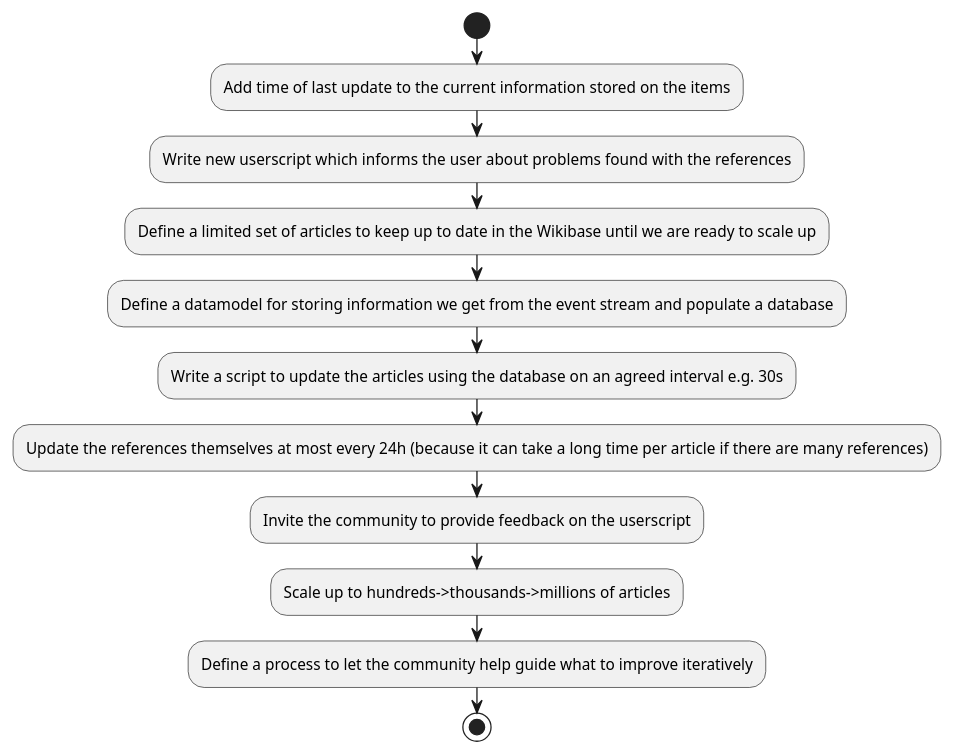
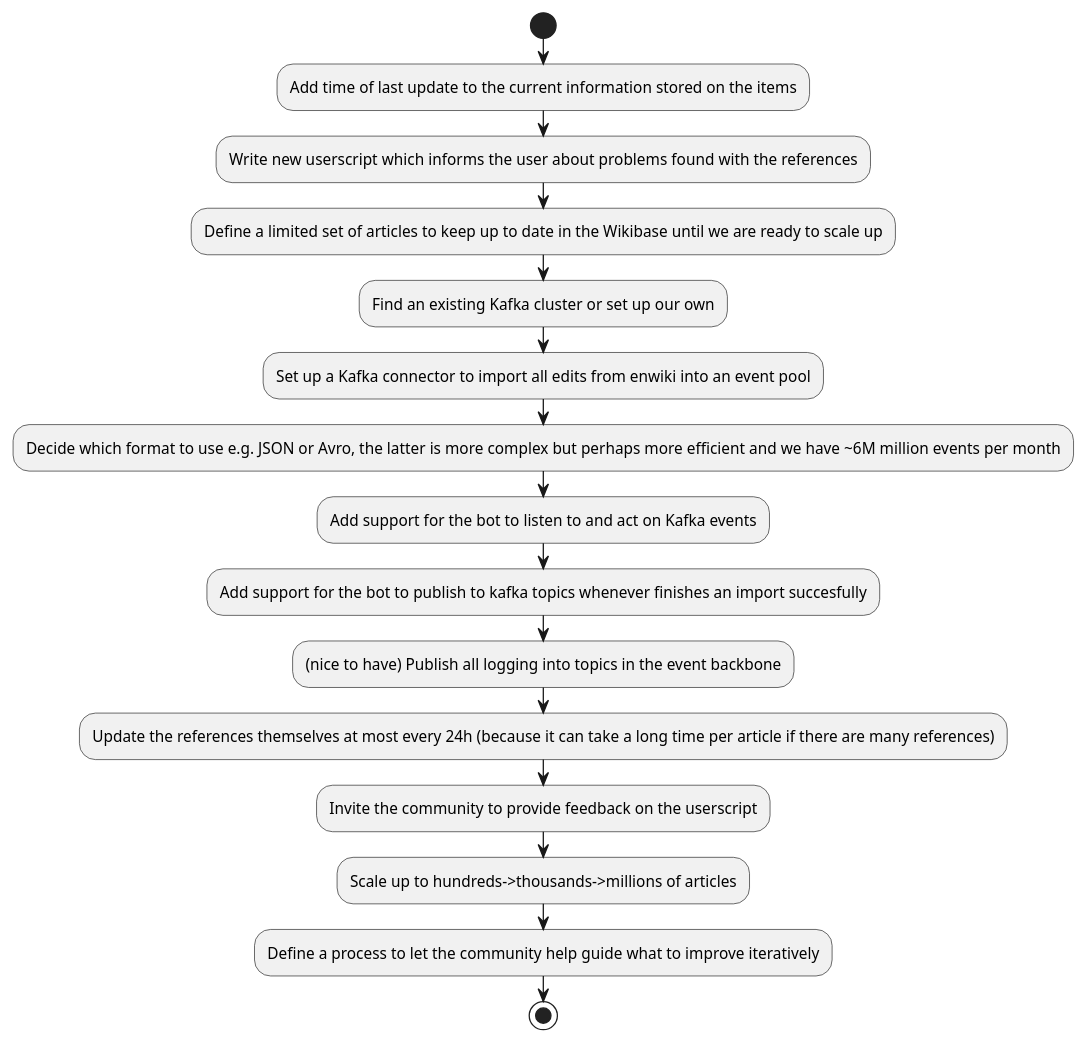
The diagram in diagrams/roadmap.puml (internetarchive/iari), drawn with PlantUML before and after one commit.

Commit message:
roadmap.puml: Update to reflect new suggested direction with event distributed architecture at the core

```diff
--- a/diagrams/roadmap.puml
+++ b/diagrams/roadmap.puml
@@ -1,16 +1,20 @@
 @startuml
 'https://plantuml.com/activity-diagram-beta
 
 start
 :Add time of last update to the current information stored on the items;
 :Write new userscript which informs the user about problems found with the references;
 :Define a limited set of articles to keep up to date in the Wikibase until we are ready to scale up;
-:Define a datamodel for storing information we get from the event stream and populate a database;
-:Write a script to update the articles using the database on an agreed interval e.g. 30s;
+:Find an existing Kafka cluster or set up our own;
+:Set up a Kafka connector to import all edits from enwiki into an event pool;
+:Decide which format to use e.g. JSON or Avro, the latter is more complex but perhaps more efficient and we have ~6M million events per month;
+:Add support for the bot to listen to and act on Kafka events;
+:Add support for the bot to publish to kafka topics whenever finishes an import succesfully;
+:(nice to have) Publish all logging into topics in the event backbone;
 :Update the references themselves at most every 24h (because it can take a long time per article if there are many references);
 :Invite the community to provide feedback on the userscript;
 :Scale up to hundreds->thousands->millions of articles;
 :Define a process to let the community help guide what to improve iteratively;
 stop
 
 @enduml
```
